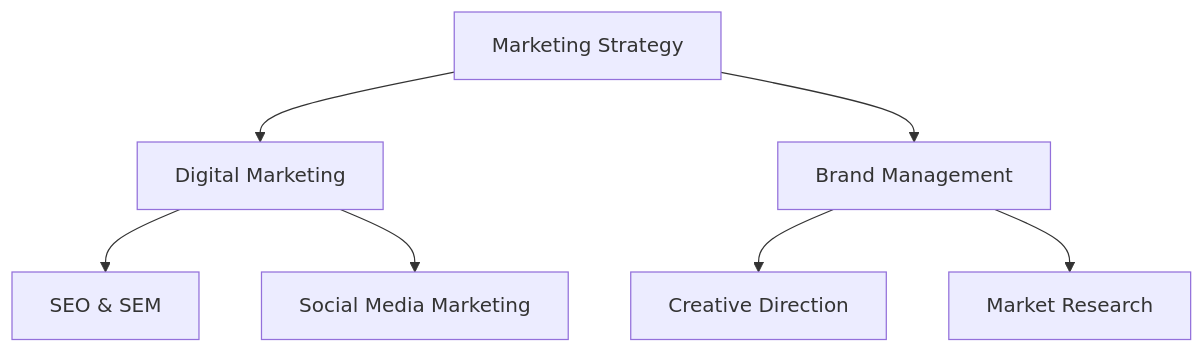
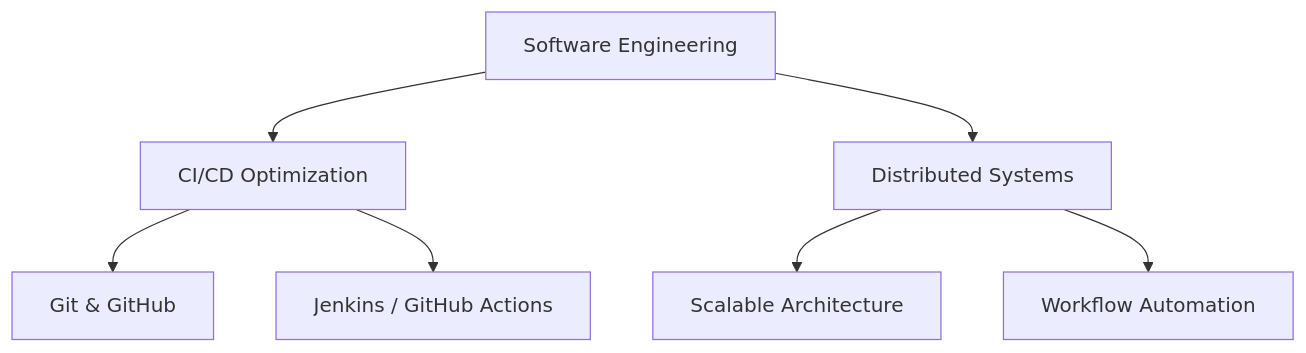
One commit to BA-CalderonMorales/BA-CalderonMorales changed the second of 2 diagrams in README.md. Above: the diagram before and after it, drawn with Mermaid. The commit also changed other lines of this file, not shown here.

````diff
--- a/README.md
+++ b/README.md
@@ -25,9 +48,9 @@
 ```mermaid
 flowchart TD
-    A[Marketing Strategy] --> B[Digital Marketing]
-    A --> C[Brand Management]
-    B --> D[SEO & SEM]
-    B --> E[Social Media Marketing]
-    C --> F[Creative Direction]
-    C --> G[Market Research]
+    A[Software Engineering] --> B[CI/CD Optimization]
+    A --> C[Distributed Systems]
+    B --> D[Git & GitHub]
+    B --> E[Jenkins / GitHub Actions]
+    C --> F[Scalable Architecture]
+    C --> G[Workflow Automation]
 ```
````
